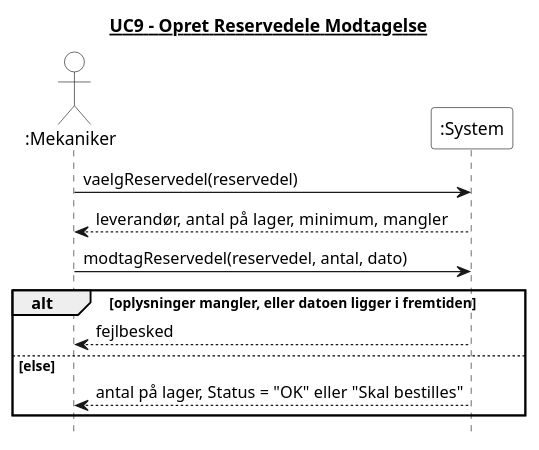
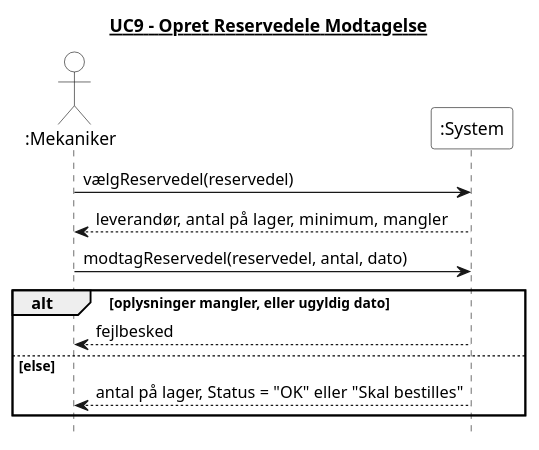
The diagram in 4. System Sekvens Diagram/UC9_opret_reservedele_modtagelse.puml (Zoabz/Getting-Real), drawn with PlantUML before and after one commit. The commit also changed 9 other files, not shown here.

```diff
--- a/4. System Sekvens Diagram/UC9_opret_reservedele_modtagelse.puml
+++ b/4. System Sekvens Diagram/UC9_opret_reservedele_modtagelse.puml
@@ -1,29 +1,29 @@
 @startuml
 title <u>UC9 - Opret Reservedele Modtagelse</u>
 hide footbox
 skinparam monochrome true
 skinparam shadowing false
 skinparam backgroundColor white
 skinparam actor {
   BackgroundColor white
 }
 skinparam participant {
   BackgroundColor white
 }
 
 actor ":Mekaniker"
 participant ":System" as System
 
-":Mekaniker" -> System : vaelgReservedel(reservedel)
+":Mekaniker" -> System : vælgReservedel(reservedel)
 
 System --> ":Mekaniker" : leverandør, antal på lager, minimum, mangler
 
 ":Mekaniker" -> System : modtagReservedel(reservedel, antal, dato)
 
-alt oplysninger mangler, eller datoen ligger i fremtiden
+alt oplysninger mangler, eller ugyldig dato
   System --> ":Mekaniker" : fejlbesked
 else else
   System --> ":Mekaniker" : antal på lager, Status = "OK" eller "Skal bestilles"
 end
 
 @enduml
```
